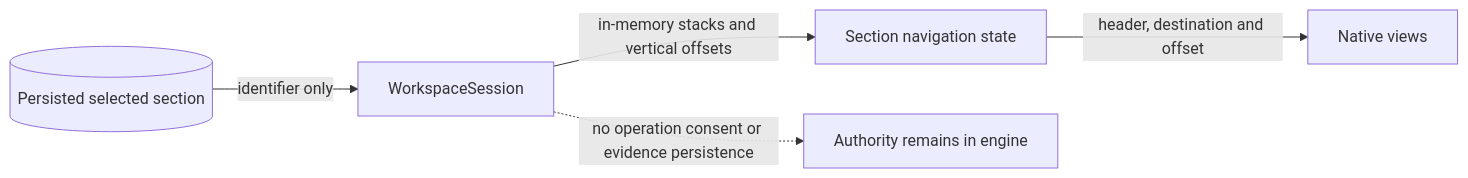
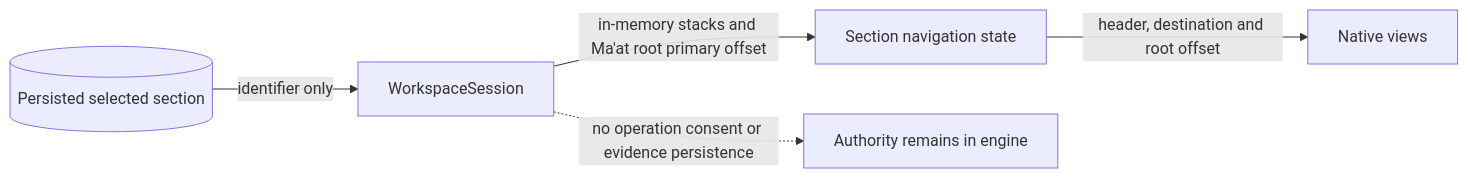
Before and after one commit to SirsiMaster/sirsi-pantheon: diagram 20 of 43 in docs/stacklab/pantheon-pt/canon/DIAGRAMS_RUNTIME_NATIVE.md, drawn with Mermaid. The commit also changed other lines of this file and 10 other files, not shown here.

````diff
--- a/docs/stacklab/pantheon-pt/canon/DIAGRAMS_RUNTIME_NATIVE.md
+++ b/docs/stacklab/pantheon-pt/canon/DIAGRAMS_RUNTIME_NATIVE.md
@@ -271,7 +271,7 @@
 ```mermaid
 flowchart LR
   PREF[(Persisted selected section)] -->|identifier only| SESSION[WorkspaceSession]
-  SESSION -->|in-memory stacks and vertical offsets| SECTIONS[Section navigation state]
-  SECTIONS -->|header, destination and offset| VIEW[Native views]
+  SESSION -->|in-memory stacks and Ma'at root primary offset| SECTIONS[Section navigation state]
+  SECTIONS -->|header, destination and root offset| VIEW[Native views]
   SESSION -. no operation consent or evidence persistence .-> X[Authority remains in engine]
 ```
````
